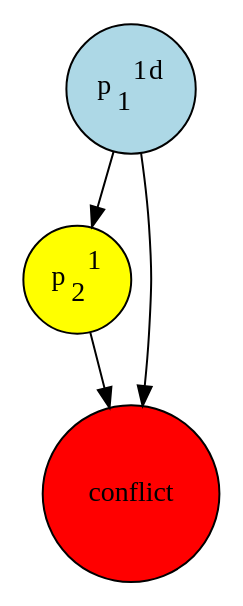
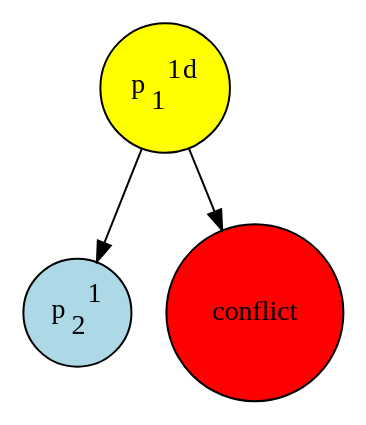
One commit to NicolasDerumigny/Project2-SAT-Solver changed the diagram in Rendu3/graph.dot. Above: the diagram before and after it, drawn with Graphviz. The commit also changed 4 other files, not shown here.

```diff
--- a/Rendu3/graph.dot
+++ b/Rendu3/graph.dot
@@ -1,11 +1,10 @@
 digraph conflict {
 node [style="filled,rounded",shape=circle,fillcolor=white];
 1 [label=<p<SUB>1</SUB><SUP>1</SUP><SUP>d</SUP>>,fillcolor=lightblue];
 2 [label=<p<SUB>2</SUB><SUP>1</SUP>>,fillcolor=lightblue];
 1 [label=<p<SUB>1</SUB><SUP>1</SUP><SUP>d</SUP>>];
 1 -> 2;
-2 [fillcolor=yellow];
+1 [fillcolor=yellow];
 conflict [fillcolor=red];
 1 -> conflict;
-2 -> conflict;
 }
```
